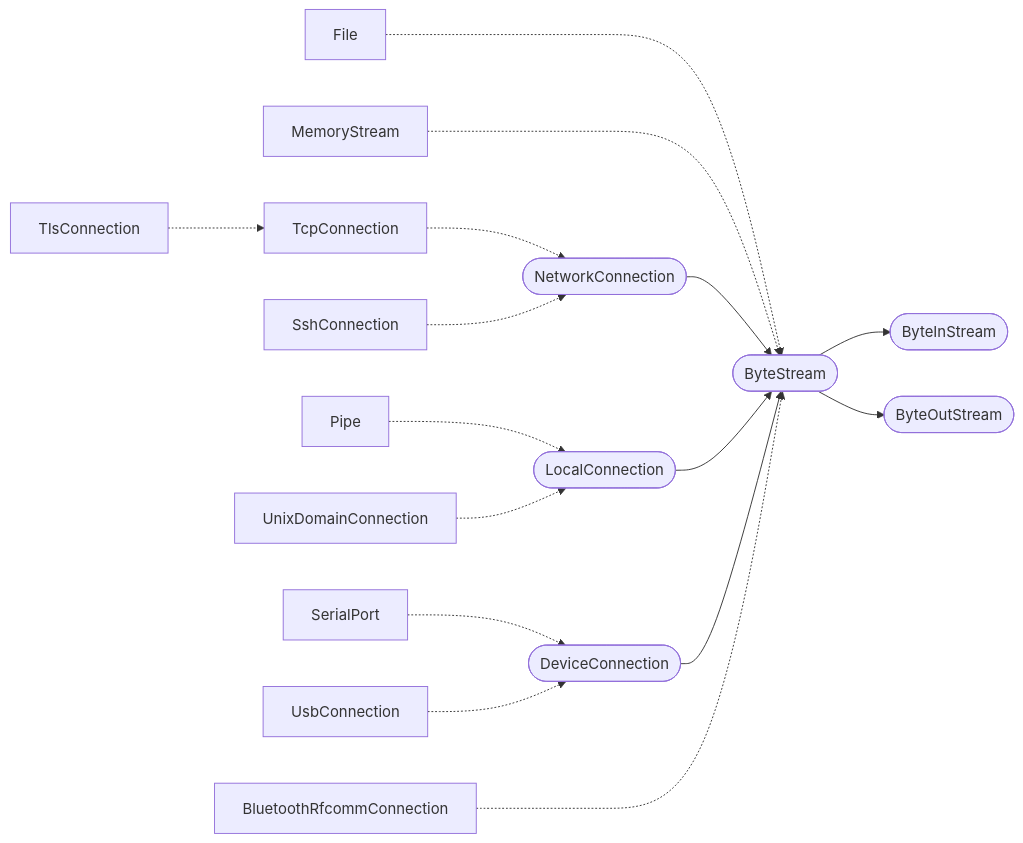
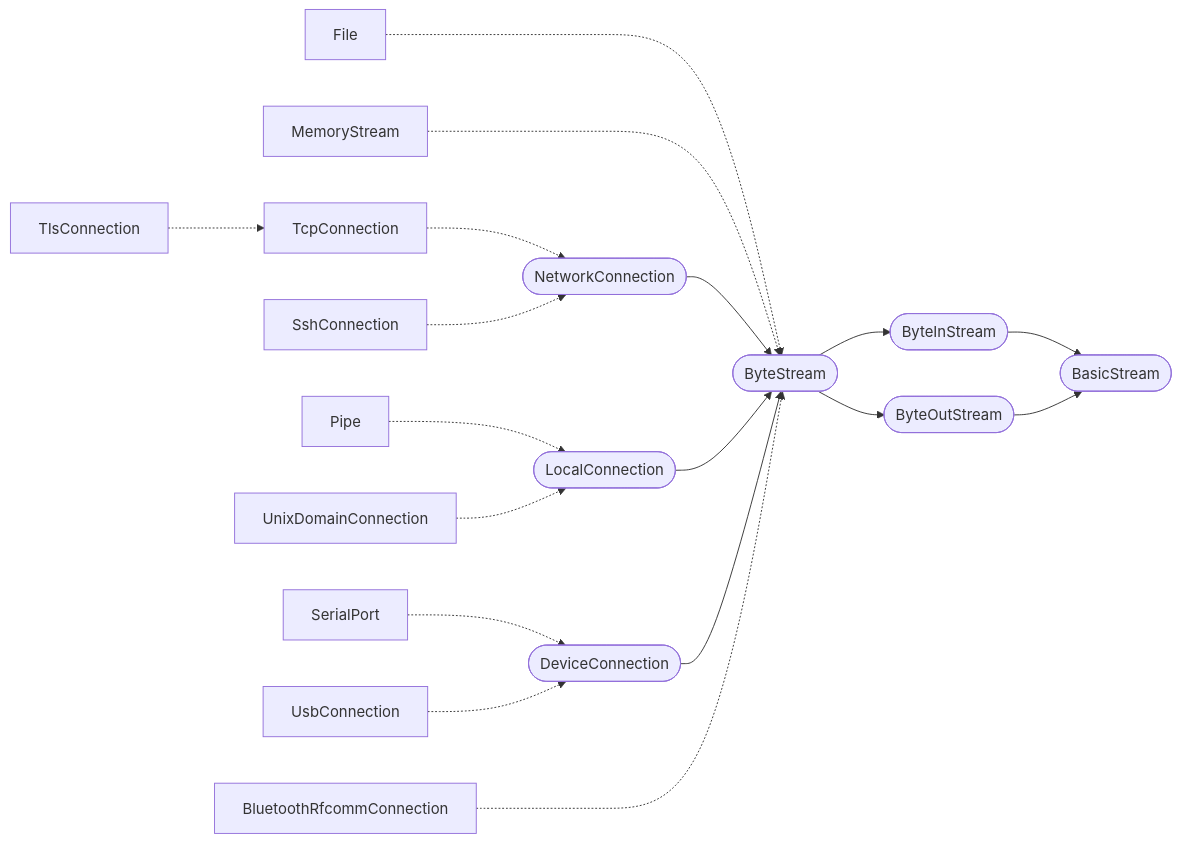
Before and after one commit to laro/Cilia: the diagram in 2 Standard Lib/7 ByteStream & IO.md, drawn with Mermaid. The commit also changed 1 other file, not shown here.

````diff
--- a/2 Standard Lib/7 ByteStream & IO.md
+++ b/2 Standard Lib/7 ByteStream & IO.md
@@ -159,40 +159,45 @@
 ```mermaid
 flowchart LR
     File[File]
     MemoryStream[MemoryStream]
     NetworkConnection([NetworkConnection])
     TcpConnection[TcpConnection]
     TlsConnection[TlsConnection]
     SshConnection[SshConnection]
     LocalConnection([LocalConnection])
     Pipe[Pipe]
     UnixDomainConnection[UnixDomainConnection]
     DeviceConnection([DeviceConnection])
     SerialPort[SerialPort]
     UsbConnection[UsbConnection]
     BluetoothRfcommConnection[BluetoothRfcommConnection]
     
     ByteStream([ByteStream])
     ByteInStream([ByteInStream])
     ByteOutStream([ByteOutStream])
+
+    BasicStream([BasicStream])
     
     File -..-> ByteStream
     MemoryStream -..-> ByteStream
     NetworkConnection --> ByteStream
     LocalConnection --> ByteStream
     DeviceConnection --> ByteStream
     BluetoothRfcommConnection -..-> ByteStream
     
     TcpConnection -.-> NetworkConnection
     TlsConnection -.-> TcpConnection
     SshConnection -.-> NetworkConnection
     
     Pipe -.-> LocalConnection
     UnixDomainConnection -.-> LocalConnection
     
     SerialPort -.-> DeviceConnection
     UsbConnection -.-> DeviceConnection
     
     ByteStream --> ByteInStream
     ByteStream --> ByteOutStream
+
+    ByteInStream --> BasicStream
+    ByteOutStream --> BasicStream
 ```
````
